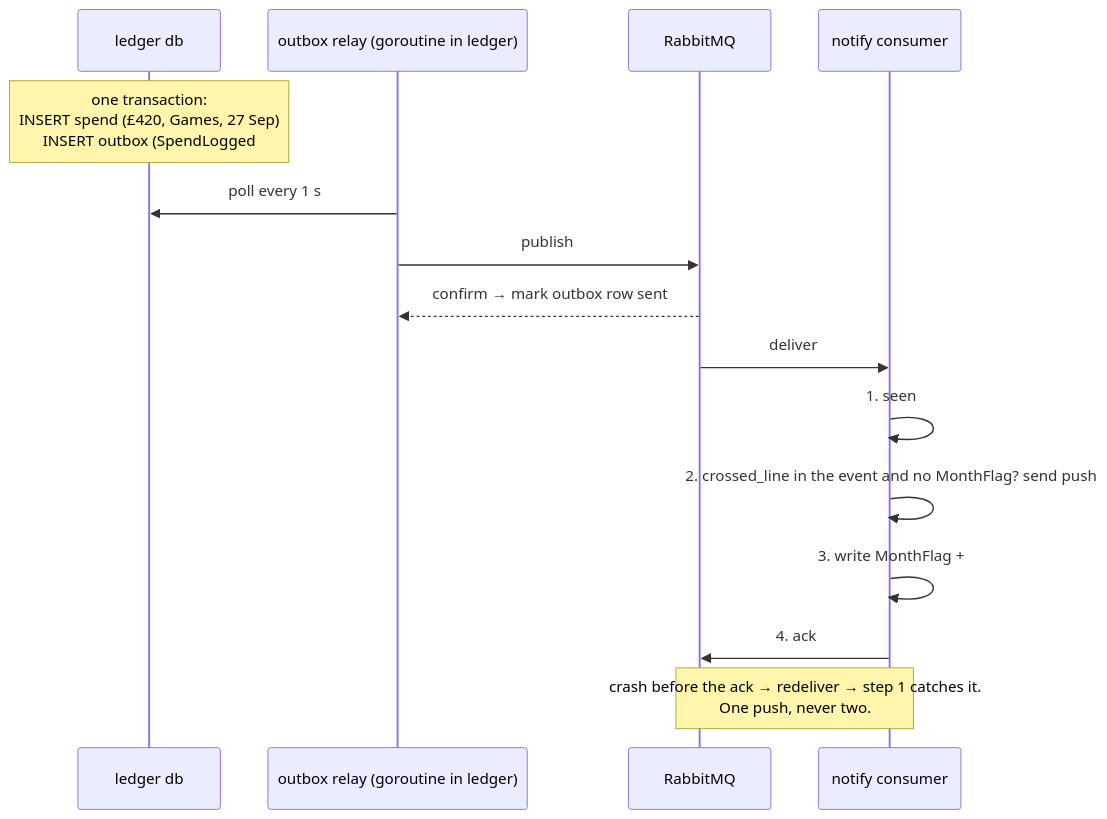
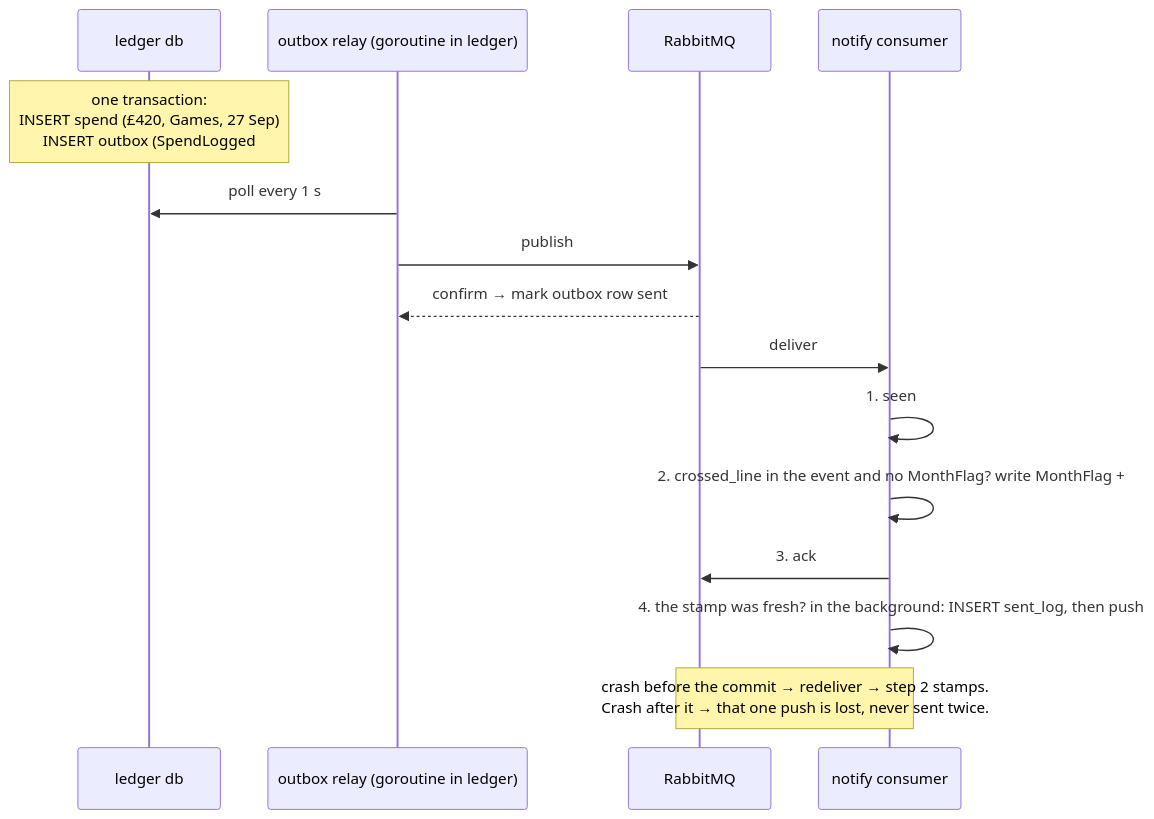
Before and after one commit to ravialdyh/my-money-recap-monorepo: the third of 6 diagrams in docs/ARCHITECTURE.md, drawn with Mermaid. The commit also changed other lines of this file and 19 other files, not shown here.

````diff
--- a/docs/ARCHITECTURE.md
+++ b/docs/ARCHITECTURE.md
@@ -101,17 +101,17 @@
 ```mermaid
 sequenceDiagram
     participant DB as ledger db
     participant Relay as outbox relay (goroutine in ledger)
     participant MQ as RabbitMQ
     participant N as notify consumer
     Note over DB: one transaction:<br/>INSERT spend (£420, Games, 27 Sep)<br/>INSERT outbox (SpendLogged #8812)
     Relay->>DB: poll every 1 s
     Relay->>MQ: publish #8812 (persistent)
     MQ-->>Relay: confirm → mark outbox row sent
     MQ->>N: deliver #8812
     N->>N: 1. seen #8812 in processed_events? yes → ack, stop
-    N->>N: 2. crossed_line in the event and no MonthFlag? send push
-    N->>N: 3. write MonthFlag + #8812 in one transaction
-    N->>MQ: 4. ack
-    Note over N,MQ: crash before the ack → redeliver → step 1 catches it.<br/>One push, never two.
+    N->>N: 2. crossed_line in the event and no MonthFlag? write MonthFlag + #8812 in one transaction
+    N->>MQ: 3. ack
+    N->>N: 4. the stamp was fresh? in the background: INSERT sent_log, then push
+    Note over N,MQ: crash before the commit → redeliver → step 2 stamps.<br/>Crash after it → that one push is lost, never sent twice.
 ```
````
